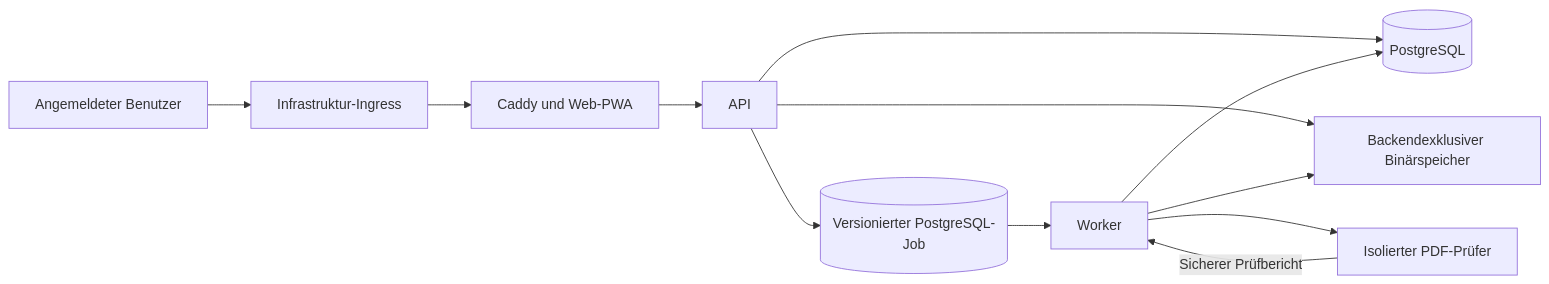
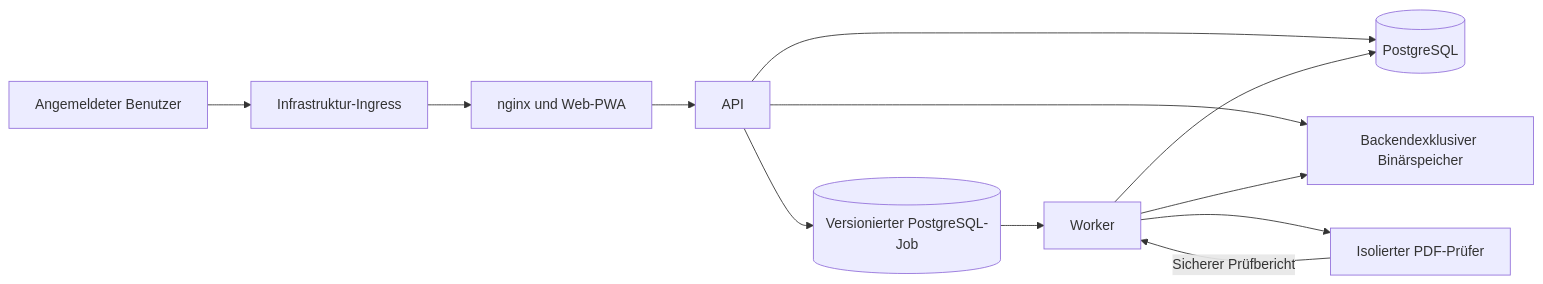
The diagram in docs/architecture/ARCHITECTURE-OVERVIEW.md (tomas-fuerl/SoSeBaMa), drawn with Mermaid before and after one commit. The commit also changed other lines of this file and 21 other files, not shown here.

Commit message:
security: replace Caddy with hardened nginx runtime

````diff
--- a/docs/architecture/ARCHITECTURE-OVERVIEW.md
+++ b/docs/architecture/ARCHITECTURE-OVERVIEW.md
@@ -42,14 +42,14 @@
 ```mermaid
 flowchart LR
     U[Angemeldeter Benutzer] --> I[Infrastruktur-Ingress]
-    I --> W[Caddy und Web-PWA]
+    I --> W[nginx und Web-PWA]
     W --> A[API]
     A --> P[(PostgreSQL)]
     A --> B[Backendexklusiver Binärspeicher]
     A --> J[(Versionierter PostgreSQL-Job)]
     J --> R[Worker]
     R --> P
     R --> B
     R --> V[Isolierter PDF-Prüfer]
     V -->|Sicherer Prüfbericht| R
 ```
````
